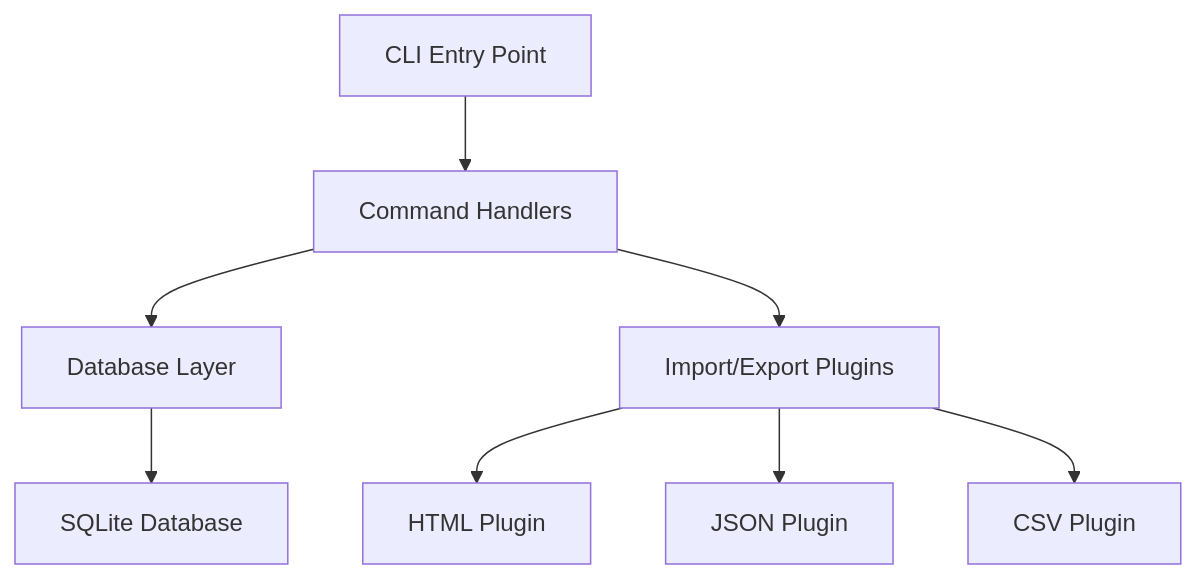
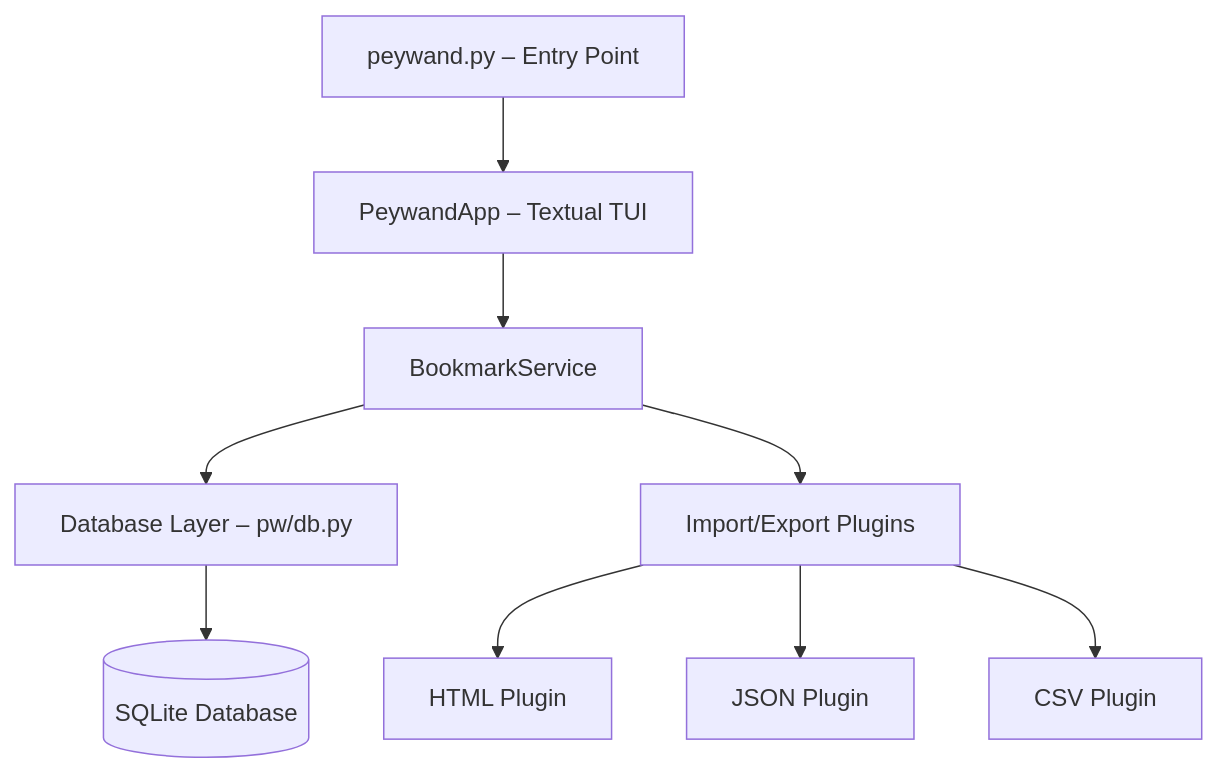
The first of 2 diagrams in doc/README.md (fouladi/peywand), drawn with Mermaid before and after one commit. The commit also changed other lines of this file and 15 other files, not shown here.

````diff
--- a/doc/README.md
+++ b/doc/README.md
@@ -22,13 +22,15 @@
 ```mermaid
 graph TD
-    CLI[CLI Entry Point] --> Handlers[Command Handlers ]
+    Entry[peywand.py – Entry Point] --> TUI[PeywandApp – Textual TUI]
 
-    Handlers --> DB[Database Layer]
-    Handlers --> Plugins[Import/Export Plugins]
+    TUI --> Service[BookmarkService]
+
+    Service --> DB[Database Layer – pw/db.py]
+    Service --> Plugins[Import/Export Plugins]
 
     Plugins --> HTML[HTML Plugin]
     Plugins --> JSON[JSON Plugin]
     Plugins --> CSV[CSV Plugin]
 
-    DB --> SQLite[SQLite Database ]
+    DB --> SQLite[(SQLite Database)]
 ```
````
